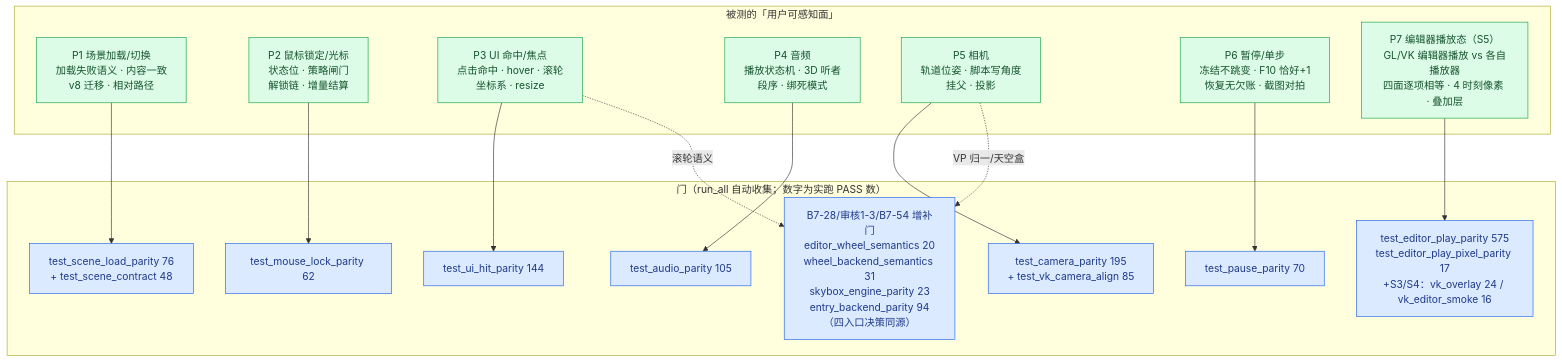
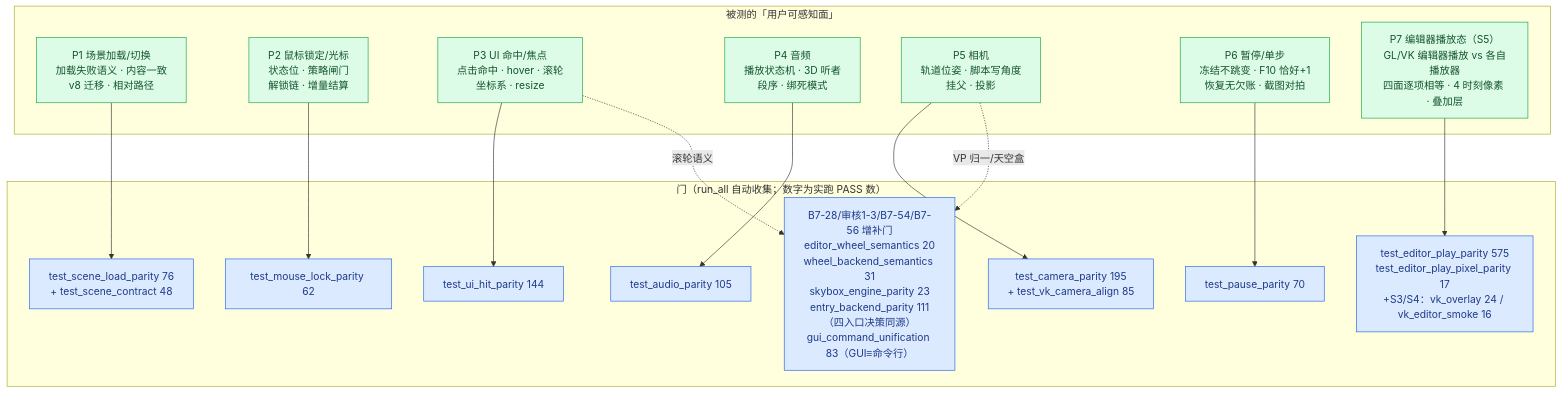
Diagram 22 of 23 in ARCHITECTURE.md (lhy302/WeaveEngine), drawn with Mermaid before and after one commit. The commit also changed other lines of this file, not shown here.

Commit message:
B7-56/B7-57 架构图同步: GUI 全量命令化(7dc6c5b/757071e)+相机挂相机(edf1336) 后按实测刷新 图1/2/2a/2b/4/7/8/11/13/15/16/19 + 横幅 e397c11

````diff
--- a/ARCHITECTURE.md
+++ b/ARCHITECTURE.md
@@ -1189,33 +1199,33 @@
 ```mermaid
 flowchart TB
   subgraph FACES["被测的「用户可感知面」"]
     F1["P1 场景加载/切换<br/>加载失败语义 · 内容一致<br/>v8 迁移 · 相对路径"]:::ok
     F2["P2 鼠标锁定/光标<br/>状态位 · 策略闸门<br/>解锁链 · 增量结算"]:::ok
     F3["P3 UI 命中/焦点<br/>点击命中 · hover · 滚轮<br/>坐标系 · resize"]:::ok
     F4["P4 音频<br/>播放状态机 · 3D 听者<br/>段序 · 绑死模式"]:::ok
     F5["P5 相机<br/>轨道位姿 · 脚本写角度<br/>挂父 · 投影"]:::ok
     F6["P6 暂停/单步<br/>冻结不跳变 · F10 恰好+1<br/>恢复无欠账 · 截图对拍"]:::ok
     F7["P7 编辑器播放态（S5）<br/>GL/VK 编辑器播放 vs 各自播放器<br/>四面逐项相等 · 4 时刻像素 · 叠加层"]:::ok
   end
   subgraph GATES["门（run_all 自动收集；数字为实跑 PASS 数）"]
     G1["test_scene_load_parity 76<br/>+ test_scene_contract 48"]:::gate
     G2["test_mouse_lock_parity 62"]:::gate
     G3["test_ui_hit_parity 144"]:::gate
     G4["test_audio_parity 105"]:::gate
     G5["test_camera_parity 195<br/>+ test_vk_camera_align 85"]:::gate
     G6["test_pause_parity 70"]:::gate
     G7["test_editor_play_parity 575<br/>test_editor_play_pixel_parity 17<br/>+S3/S4：vk_overlay 24 / vk_editor_smoke 16"]:::gate
-    G8["B7-28/审核1-3/B7-54 增补门<br/>editor_wheel_semantics 20<br/>wheel_backend_semantics 31<br/>skybox_engine_parity 23<br/>entry_backend_parity 94（四入口决策同源）"]:::gate
+    G8["B7-28/审核1-3/B7-54/B7-56 增补门<br/>editor_wheel_semantics 20<br/>wheel_backend_semantics 31<br/>skybox_engine_parity 23<br/>entry_backend_parity 111（四入口决策同源）<br/>gui_command_unification 83（GUI≡命令行）"]:::gate
   end
   F1 --> G1
   F2 --> G2
   F3 --> G3
   F3 -.->|滚轮语义| G8
   F4 --> G4
   F5 --> G5
   F5 -.->|VP 归一/天空盒| G8
   F6 --> G6
   F7 --> G7
   classDef ok fill:#dcfce7,stroke:#16a34a,color:#14532d
   classDef gate fill:#dbeafe,stroke:#2563eb,color:#1e3a8a
 ```
````
